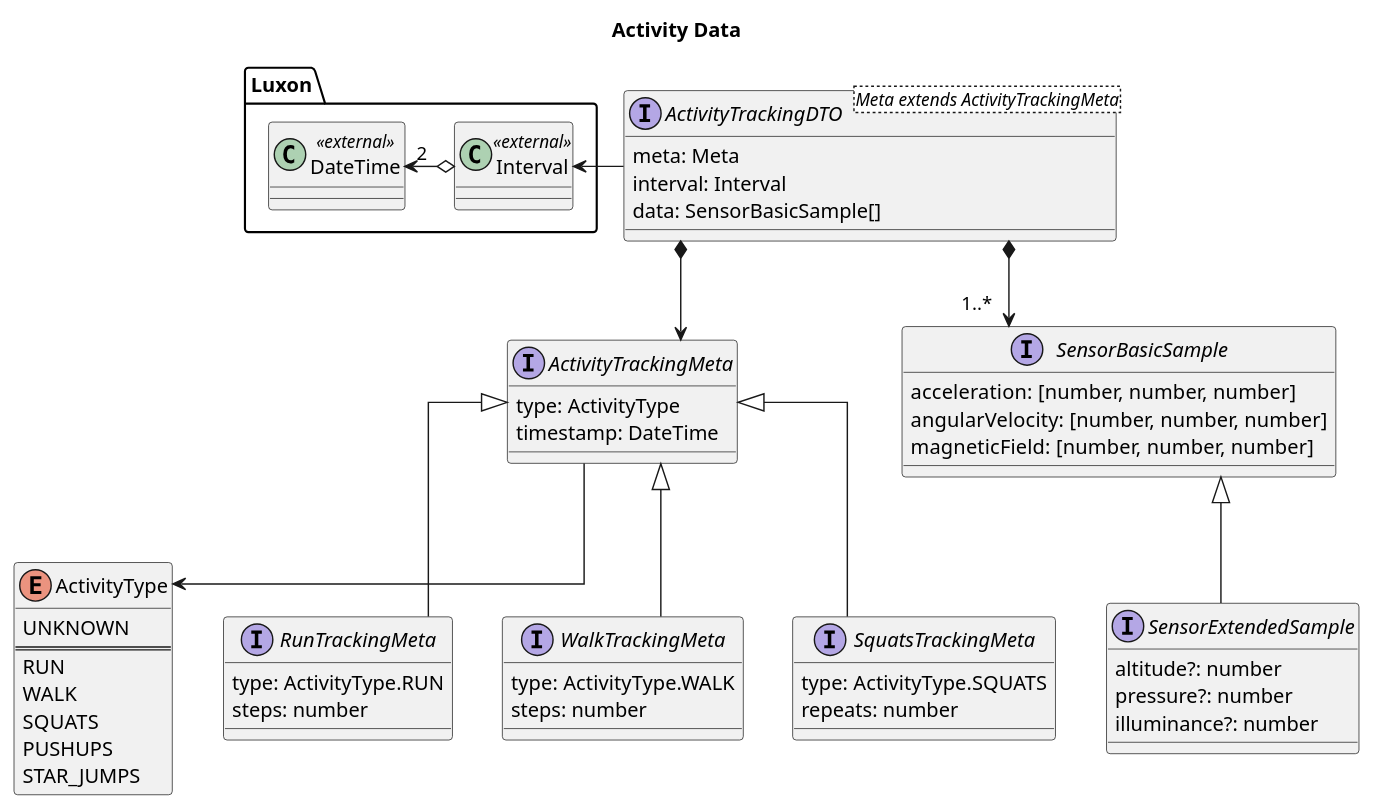
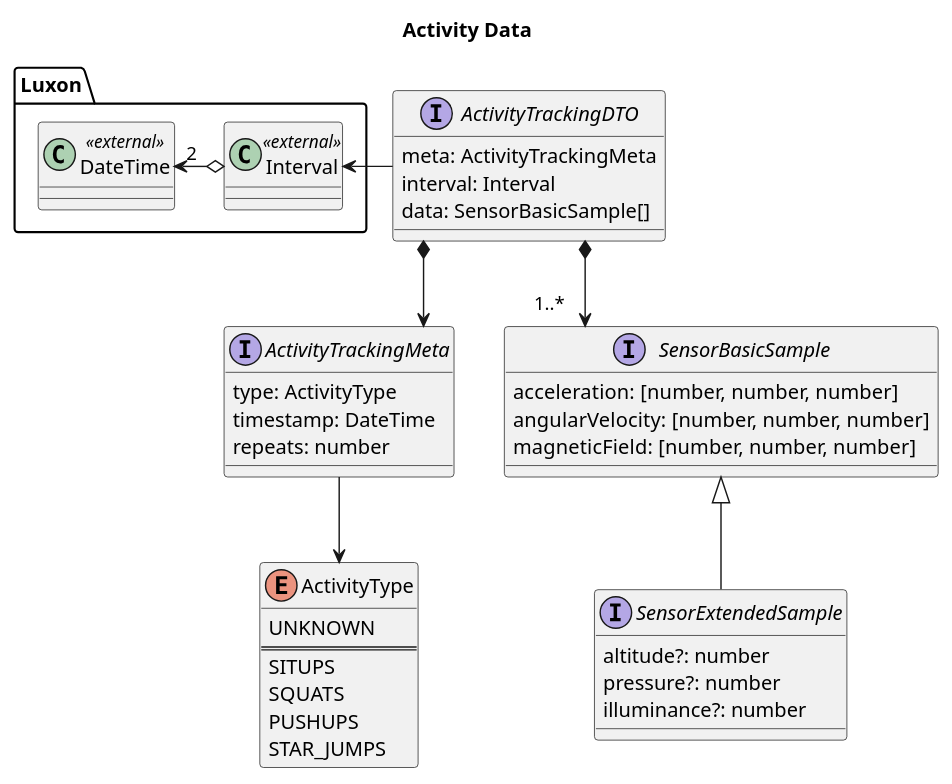
One commit to damiankoper/fitly changed the diagram in docs/diagrams/src/ActivityData.puml. Above: the diagram before and after it, drawn with PlantUML.

Commit message:
docs: updated diagram

```diff
--- a/docs/diagrams/src/ActivityData.puml
+++ b/docs/diagrams/src/ActivityData.puml
@@ -1,65 +1,51 @@
 @startuml ActivityData
 title Activity Data
 skinparam Linetype ortho
 
 package Luxon {
   class DateTime <<external>>
   class Interval <<external>>
 
   Interval o-left-> "2" DateTime
 }
 
 enum ActivityType {
   UNKNOWN
   ==
-  RUN
-  WALK
+  SITUPS
   SQUATS
   PUSHUPS
   STAR_JUMPS
 }
 
-interface ActivityTrackingDTO<Meta extends ActivityTrackingMeta>{
-  meta: Meta
+interface ActivityTrackingDTO{
+  meta: ActivityTrackingMeta
   interval: Interval
   data: SensorBasicSample[]
 }
 
 interface ActivityTrackingMeta{
   type: ActivityType
   timestamp: DateTime
+  repeats: number
 }
 
-interface RunTrackingMeta extends ActivityTrackingMeta{
-  type: ActivityType.RUN
-  steps: number
-}
-
-interface WalkTrackingMeta extends ActivityTrackingMeta{
-  type: ActivityType.WALK
-  steps: number
-}
-
-interface SquatsTrackingMeta extends ActivityTrackingMeta{
-  type: ActivityType.SQUATS
-  repeats: number
-}
 
 interface SensorBasicSample {
   acceleration: [number, number, number]
   angularVelocity: [number, number, number]
   magneticField: [number, number, number]
 }
 
 interface SensorExtendedSample extends SensorBasicSample {
   altitude?: number
   pressure?: number
   illuminance?: number
 }
 
 ActivityTrackingMeta --> ActivityType
 ActivityTrackingDTO -> Interval
 ActivityTrackingDTO  *--> "1..*" SensorBasicSample
 ActivityTrackingDTO  *-->  ActivityTrackingMeta
 
 @enduml
```
